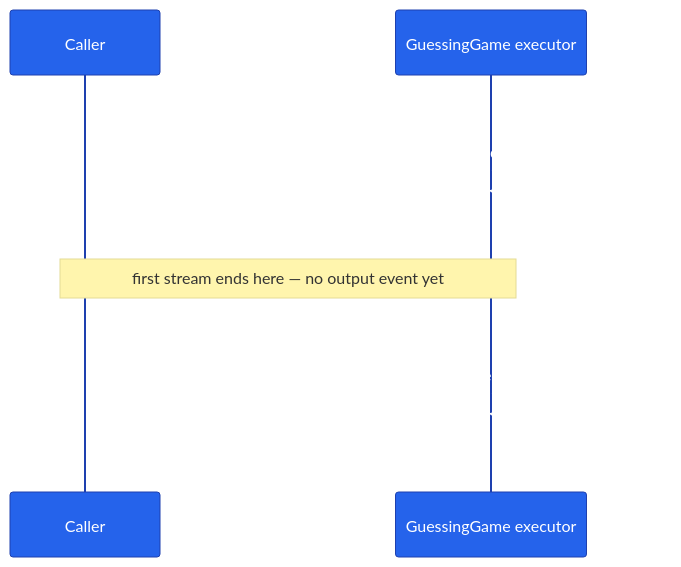
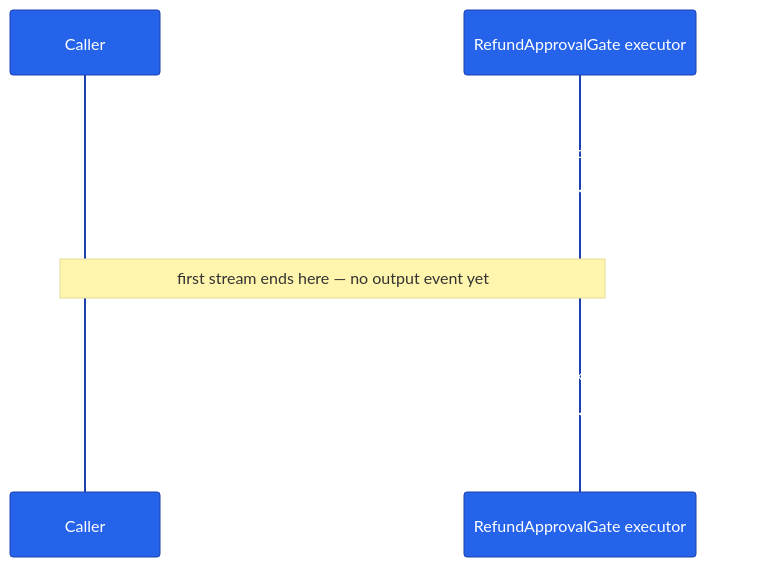
Before and after one commit to nitin27may/e-commerce-agents: the diagram in tutorials/17-human-in-the-loop/README.md, drawn with Mermaid. The commit also changed other lines of this file and 4 other files, not shown here.

````diff
--- a/tutorials/17-human-in-the-loop/README.md
+++ b/tutorials/17-human-in-the-loop/README.md
@@ -25,16 +25,16 @@
 ```mermaid
 %%{init: {'theme':'base', 'themeVariables': {
   'primaryColor': '#2563eb','primaryTextColor': '#ffffff','primaryBorderColor': '#1e40af',
   'lineColor': '#64748b','secondaryColor': '#f59e0b','tertiaryColor': '#10b981',
   'background': 'transparent'}}}%%
 sequenceDiagram
   participant Caller
-  participant Workflow as GuessingGame executor
-  Caller->>Workflow: run("Pick a number", stream=True)
-  Workflow->>Workflow: ctx.request_info(GuessRequest, response_type=int)
-  Workflow-->>Caller: request_info event (request_id, prompt)
+  participant Workflow as RefundApprovalGate executor
+  Caller->>Workflow: run(RefundApprovalRequest(order_id, amount), stream=True)
+  Workflow->>Workflow: ctx.request_info(refund, response_type=bool)
+  Workflow-->>Caller: request_info event (request_id, order_id, amount)
   Note over Caller,Workflow: first stream ends here — no output event yet
-  Caller->>Workflow: run(responses={request_id: guess}, stream=True)
-  Workflow->>Workflow: response_handler check(request, guess, ctx)
-  Workflow-->>Caller: output event ("too low / too high / correct")
+  Caller->>Workflow: run(responses={request_id: approved}, stream=True)
+  Workflow->>Workflow: response_handler check(request, approved, ctx)
+  Workflow-->>Caller: output event ("refund approved / denied")
 ```
````
